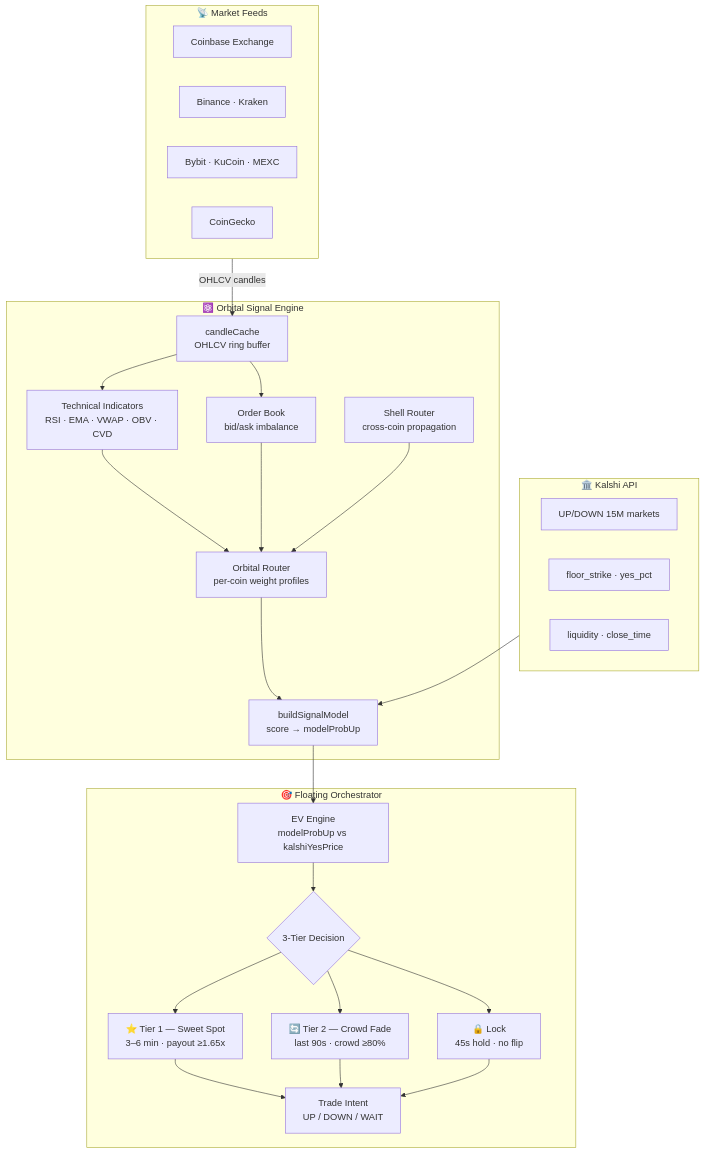
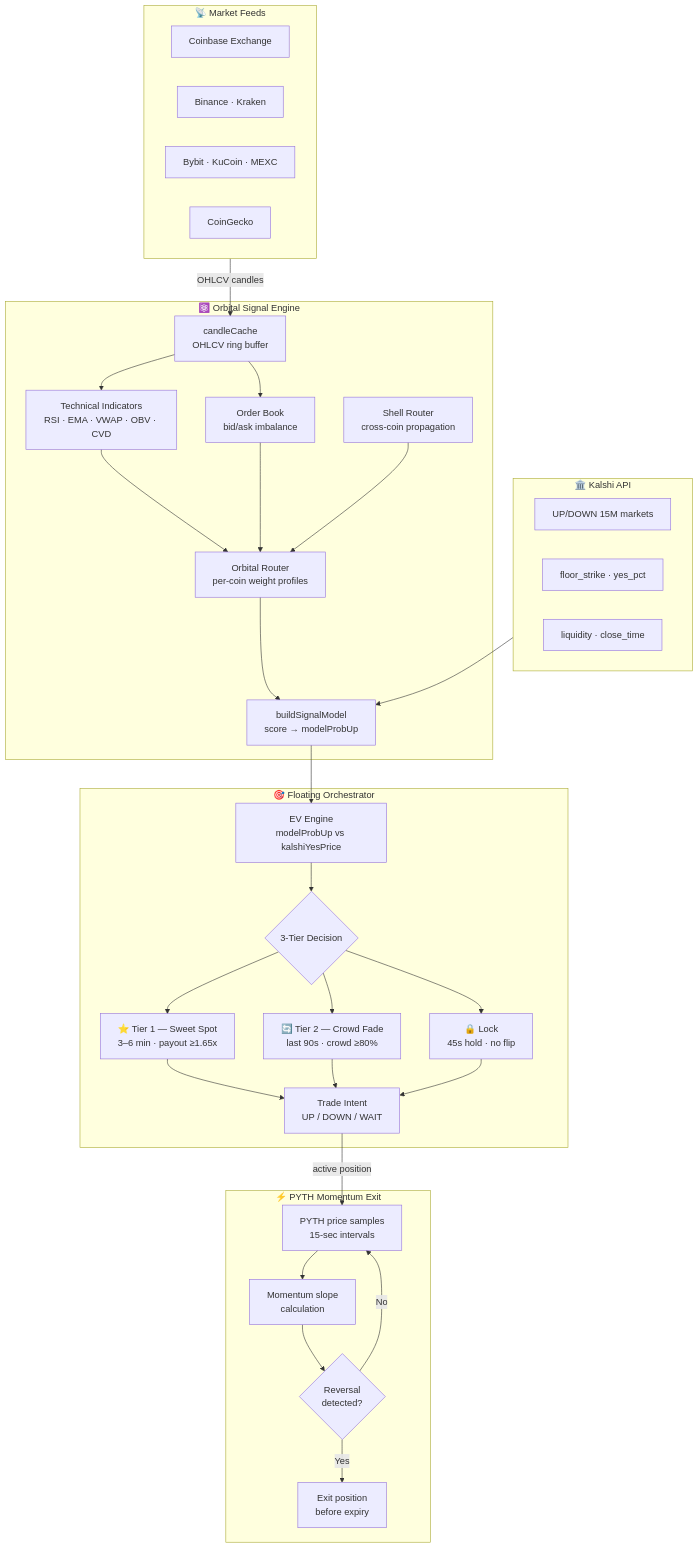
Before and after one commit to JohnDaWalka/WeCrypto: the first of 4 diagrams in README.md, drawn with Mermaid. The commit also changed other lines of this file, not shown here.

First line of the commit message:
docs: update README to v2.5.0-momentum

````diff
--- a/README.md
+++ b/README.md
@@ -15,47 +17,58 @@
 ```mermaid
 flowchart TD
     subgraph feeds["📡 Market Feeds"]
         A1[Coinbase Exchange]
         A2[Binance · Kraken]
         A3[Bybit · KuCoin · MEXC]
         A4[CoinGecko]
     end
 
     subgraph kalshi["🏛️ Kalshi API"]
         K1[UP/DOWN 15M markets]
         K2[floor_strike · yes_pct]
         K3[liquidity · close_time]
     end
 
     subgraph engine["⚛️ Orbital Signal Engine"]
         B[candleCache\nOHLCV ring buffer]
         C[Technical Indicators\nRSI · EMA · VWAP · OBV · CVD]
         D[Order Book\nbid/ask imbalance]
         E[Shell Router\ncross-coin propagation]
         F[Orbital Router\nper-coin weight profiles]
         G[buildSignalModel\nscore → modelProbUp]
     end
 
+    subgraph momentum["⚡ PYTH Momentum Exit"]
+        ME1[PYTH price samples\n15-sec intervals]
+        ME2[Momentum slope\ncalculation]
+        ME3{Reversal\ndetected?}
+        ME4[Exit position\nbefore expiry]
+    end
+
     subgraph orchestrator["🎯 Floating Orchestrator"]
         H[EV Engine\nmodelProbUp vs kalshiYesPrice]
         I{3-Tier Decision}
         J["⭐ Tier 1 — Sweet Spot\n3–6 min · payout ≥1.65x"]
         L["🔄 Tier 2 — Crowd Fade\nlast 90s · crowd ≥80%"]
         M["🔒 Lock\n45s hold · no flip"]
         N[Trade Intent\nUP / DOWN / WAIT]
     end
 
     feeds -->|OHLCV candles| B
     B --> C
     B --> D
     C --> F
     D --> F
     E --> F
     F --> G
     kalshi --> G
     G --> H
     H --> I
     I --> J --> N
     I --> L --> N
     I --> M --> N
+    N -->|active position| ME1
+    ME1 --> ME2 --> ME3
+    ME3 -- Yes --> ME4
+    ME3 -- No --> ME1
 ```
````
